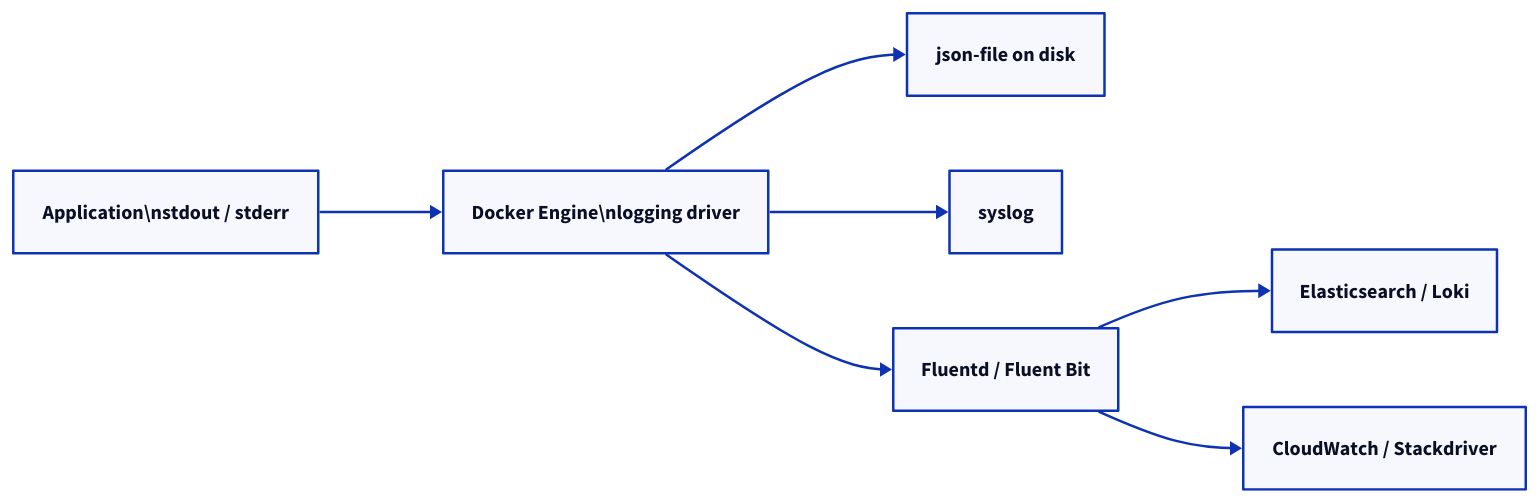
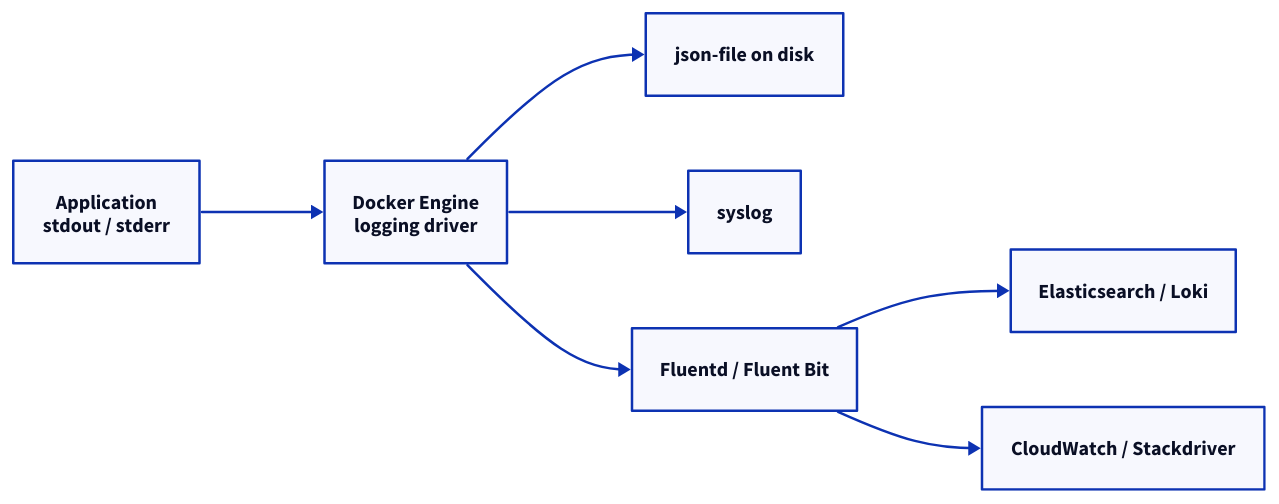
Before and after one commit to rebash-rebash/rebash-academy: the diagram in docs/docker/container-logging-and-monitoring.md, drawn with D2. The commit also changed 177 other files, not shown here.

First line of the commit message:
Ship Terraform track, diagram polish, and new brand favicon.

````diff
--- a/docs/docker/container-logging-and-monitoring.md
+++ b/docs/docker/container-logging-and-monitoring.md
@@ -54,17 +54,17 @@
 ```d2
 direction: right
 
-APP: "Application\\nstdout / stderr"
-    ENGINE: "Docker Engine\\nlogging driver"
+APP: "Application\nstdout / stderr"
+    ENGINE: "Docker Engine\nlogging driver"
     LOCAL: "json-file on disk"
     SYSLOG: syslog
     FLUENT: "Fluentd / Fluent Bit"
     CLOUD: "CloudWatch / Stackdriver"
     ELK: "Elasticsearch / Loki"
     APP -> ENGINE
     ENGINE -> LOCAL
     ENGINE -> SYSLOG
     ENGINE -> FLUENT
     FLUENT -> ELK
     FLUENT -> CLOUD
 ```
````
